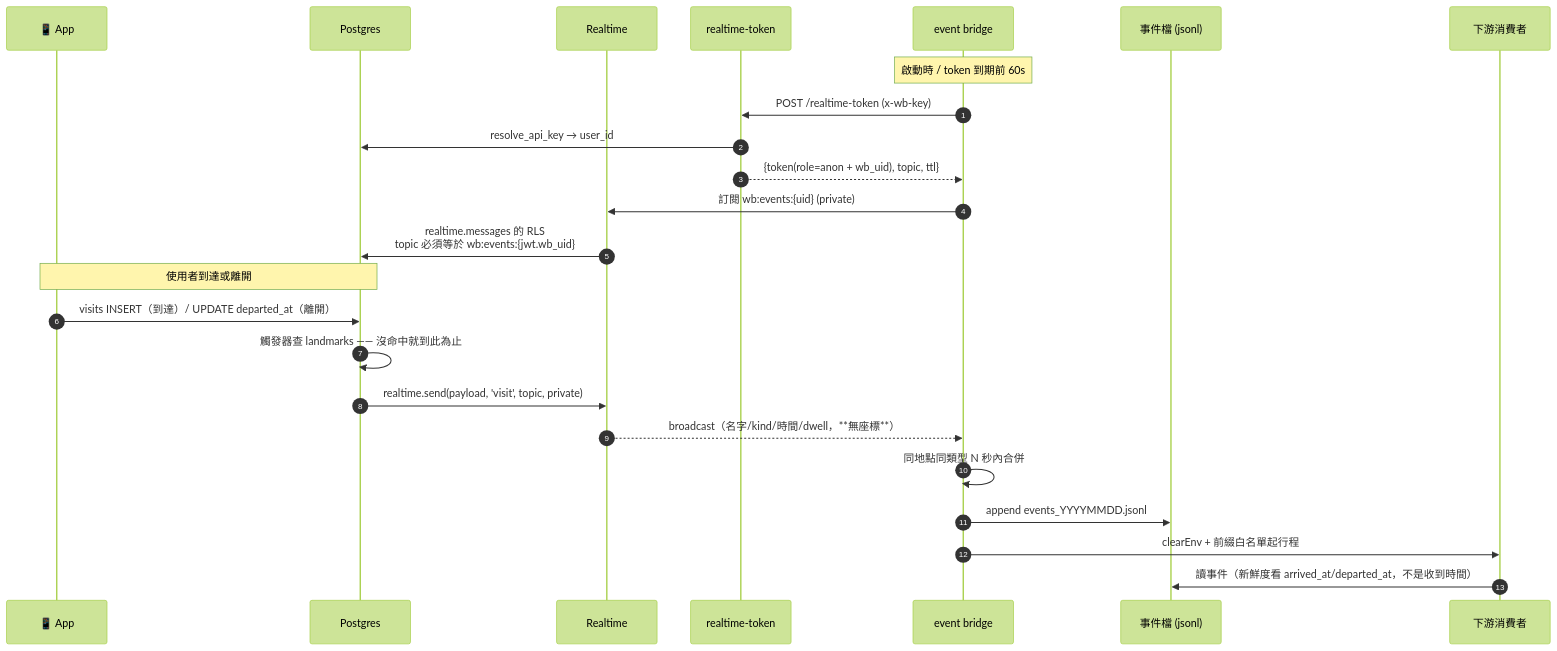
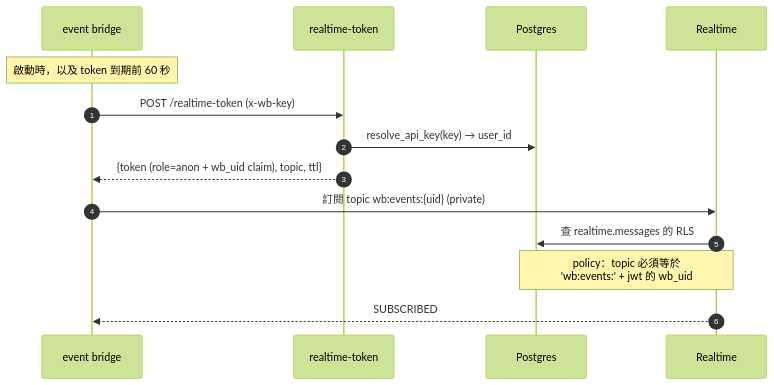
Before and after one commit to KerberosClaw/kc_wherebear_oss: the seventh of 9 diagrams in docs/ARCHITECTURE.md, drawn with Mermaid (forest theme). The commit also changed other lines of this file and 6 other files, not shown here.

First line of the commit message:
docs+chore: 端到端資料流拆成三段五圖 + pre-push 擴成三關 (#4)

````diff
--- a/docs/ARCHITECTURE.md
+++ b/docs/ARCHITECTURE.md
@@ -270,28 +293,17 @@
 ```mermaid
 sequenceDiagram
     autonumber
-    participant P as 📱 App
+    participant EB as event bridge
+    participant EF as realtime-token
     participant DB as Postgres
     participant RT as Realtime
-    participant EF as realtime-token
-    participant EB as event bridge
-    participant F as 事件檔 (jsonl)
-    participant AG as 下游消費者
 
-    Note over EB: 啟動時 / token 到期前 60s
+    Note over EB: 啟動時，以及 token 到期前 60 秒
     EB->>EF: POST /realtime-token (x-wb-key)
-    EF->>DB: resolve_api_key → user_id
-    EF-->>EB: {token(role=anon + wb_uid), topic, ttl}
-    EB->>RT: 訂閱 wb:events:{uid} (private)
-    RT->>DB: realtime.messages 的 RLS<br/>topic 必須等於 wb:events:{jwt.wb_uid}
-
-    Note over P,DB: 使用者到達或離開
-    P->>DB: visits INSERT（到達）/ UPDATE departed_at（離開）
-    DB->>DB: 觸發器查 landmarks —— 沒命中就到此為止
-    DB->>RT: realtime.send(payload, 'visit', topic, private)
-    RT-->>EB: broadcast（名字/kind/時間/dwell，**無座標**）
-    EB->>EB: 同地點同類型 N 秒內合併
-    EB->>F: append events_YYYYMMDD.jsonl
-    EB->>AG: clearEnv + 前綴白名單起行程
-    AG->>F: 讀事件（新鮮度看 arrived_at/departed_at，不是收到時間）
+    EF->>DB: resolve_api_key(key) → user_id
+    EF-->>EB: {token (role=anon + wb_uid claim), topic, ttl}
+    EB->>RT: 訂閱 topic wb:events:{uid} (private)
+    RT->>DB: 查 realtime.messages 的 RLS
+    Note over RT,DB: policy：topic 必須等於<br/>'wb:events:' + jwt 的 wb_uid
+    RT-->>EB: SUBSCRIBED
 ```
````
